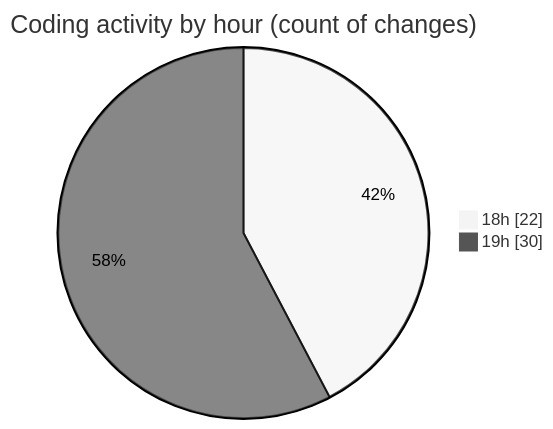
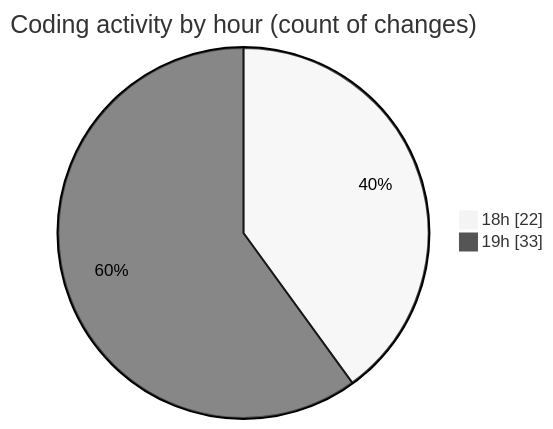
One commit to Netris89/code-tracking changed the second of 2 diagrams in 2025-04-29/back-end/README.md. Above: the diagram before and after it, drawn with Mermaid (neutral theme). The commit also changed other lines of this file and 1 other file, not shown here.

````diff
--- a/2025-04-29/back-end/README.md
+++ b/2025-04-29/back-end/README.md
@@ -37,6 +39,6 @@
 ```mermaid
 pie showData
 title Coding activity by hour (count of changes)
 "18h" : 22
-"19h" : 30
+"19h" : 33
 ```
````
